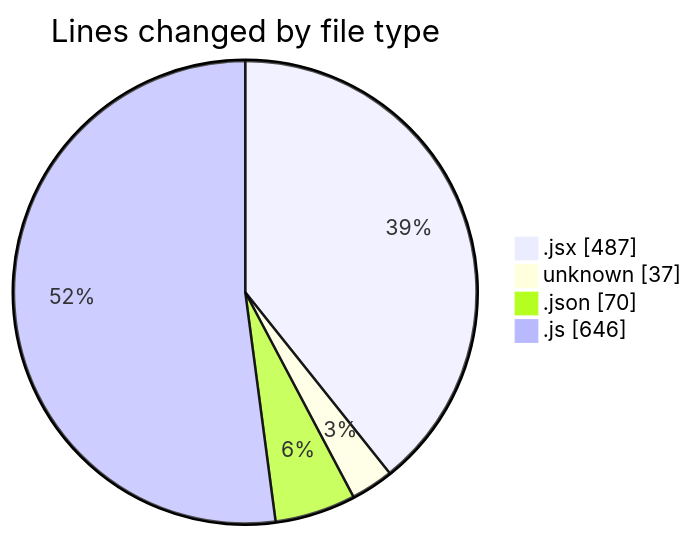
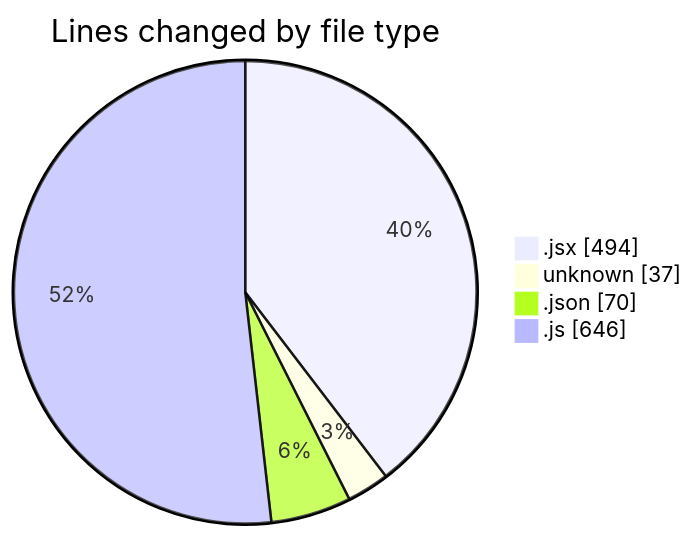
Before and after one commit to Elitesun/code-tracking: the first of 2 diagrams in 2025-02-08/react_ecom/README.md, drawn with Mermaid. The commit also changed other lines of this file and 1 other file, not shown here.

````diff
--- a/2025-02-08/react_ecom/README.md
+++ b/2025-02-08/react_ecom/README.md
@@ -28,8 +28,8 @@
 ```mermaid
 pie showData
 title Lines changed by file type
-".jsx" : 487
+".jsx" : 494
 "unknown" : 37
 ".json" : 70
 ".js" : 646
 ```
````
